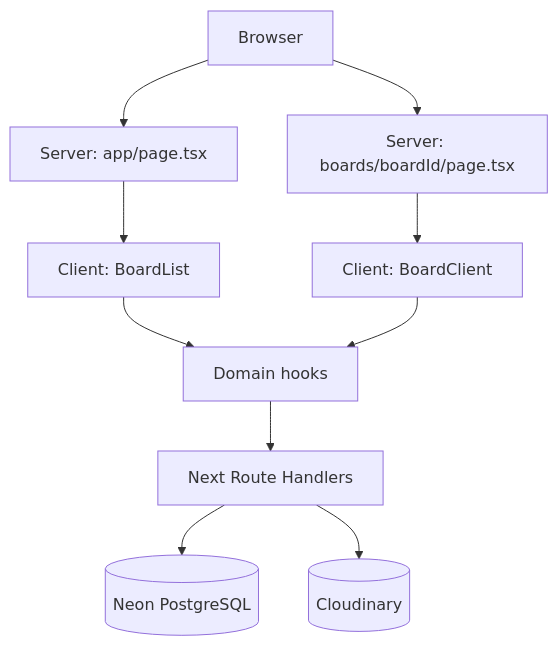
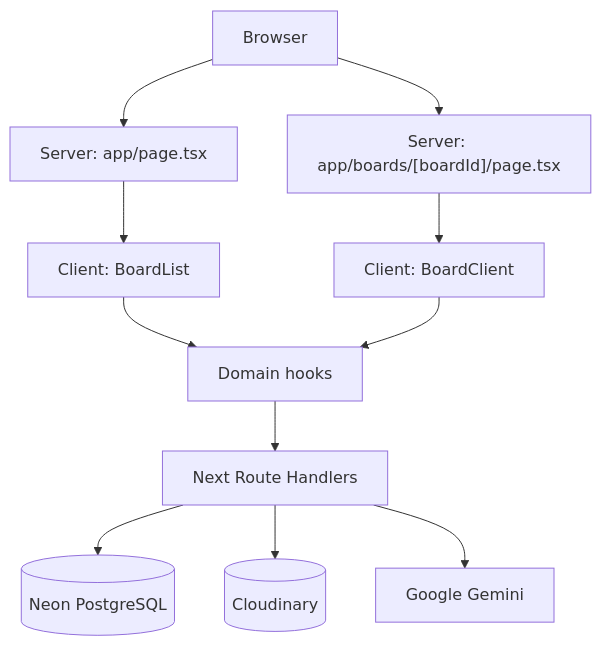
The first of 2 diagrams in docs/kyuboard-basic-design.md (Kim-kyuho/KyuBoard), drawn with Mermaid before and after one commit. The commit also changed other lines of this file and 11 other files, not shown here.

````diff
--- a/docs/kyuboard-basic-design.md
+++ b/docs/kyuboard-basic-design.md
@@ -44,19 +44,21 @@
 ```mermaid
 flowchart TD
     Browser[Browser]
     ListPage[Server: app/page.tsx]
-    BoardPage[Server: boards/boardId/page.tsx]
+    BoardPage["Server: app/boards/[boardId]/page.tsx"]
     BoardList[Client: BoardList]
     BoardClient[Client: BoardClient]
     Hooks[Domain hooks]
     API[Next Route Handlers]
     DB[(Neon PostgreSQL)]
     Cloud[(Cloudinary)]
+    Gemini[Google Gemini]
 
     Browser --> ListPage --> BoardList
     Browser --> BoardPage --> BoardClient
     BoardList --> Hooks
     BoardClient --> Hooks
     Hooks --> API --> DB
     API --> Cloud
+    API --> Gemini
 ```
````
